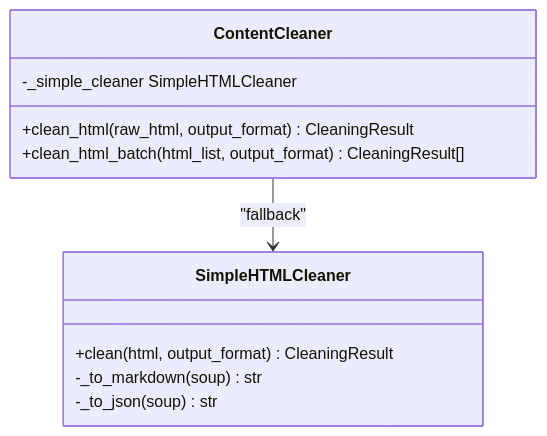
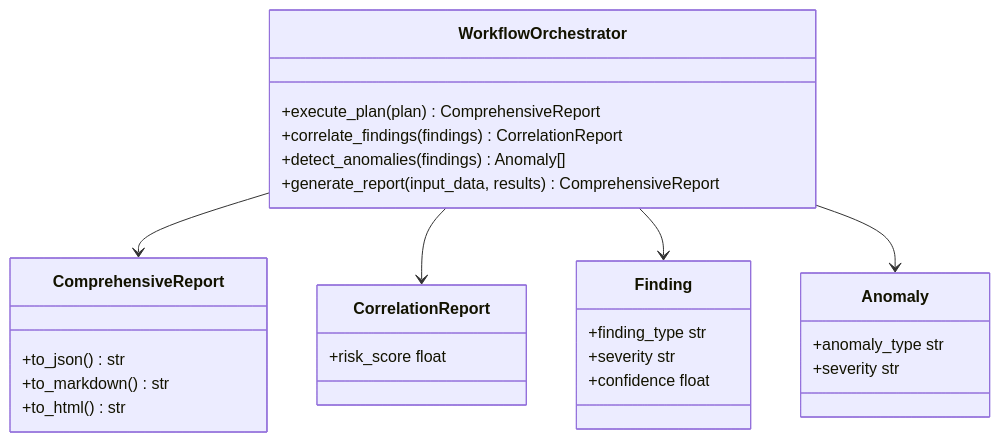
Before and after one commit to Hamulda/hledac-universal: the seventh of 8 diagrams in .qoder/repowiki/en/content/Intelligence Modules/Document Intelligence.md, drawn with Mermaid. The commit also changed other lines of this file and 236 other files, not shown here.

````diff
--- a/.qoder/repowiki/en/content/Intelligence Modules/Document Intelligence.md
+++ b/.qoder/repowiki/en/content/Intelligence Modules/Document Intelligence.md
@@ -257,14 +285,30 @@
 ```mermaid
 classDiagram
-class ContentCleaner {
-+clean_html(raw_html, output_format) CleaningResult
-+clean_html_batch(html_list, output_format) CleaningResult[]
--_simple_cleaner SimpleHTMLCleaner
+class WorkflowOrchestrator {
++execute_plan(plan) ComprehensiveReport
++correlate_findings(findings) CorrelationReport
++detect_anomalies(findings) Anomaly[]
++generate_report(input_data, results) ComprehensiveReport
 }
-class SimpleHTMLCleaner {
-+clean(html, output_format) CleaningResult
--_to_markdown(soup) str
--_to_json(soup) str
+class ComprehensiveReport {
++to_json() str
++to_markdown() str
++to_html() str
 }
-ContentCleaner --> SimpleHTMLCleaner : "fallback"
+class CorrelationReport {
++risk_score float
+}
+class Finding {
++finding_type str
++severity str
++confidence float
+}
+class Anomaly {
++anomaly_type str
++severity str
+}
+WorkflowOrchestrator --> ComprehensiveReport
+WorkflowOrchestrator --> CorrelationReport
+WorkflowOrchestrator --> Finding
+WorkflowOrchestrator --> Anomaly
 ```
````
